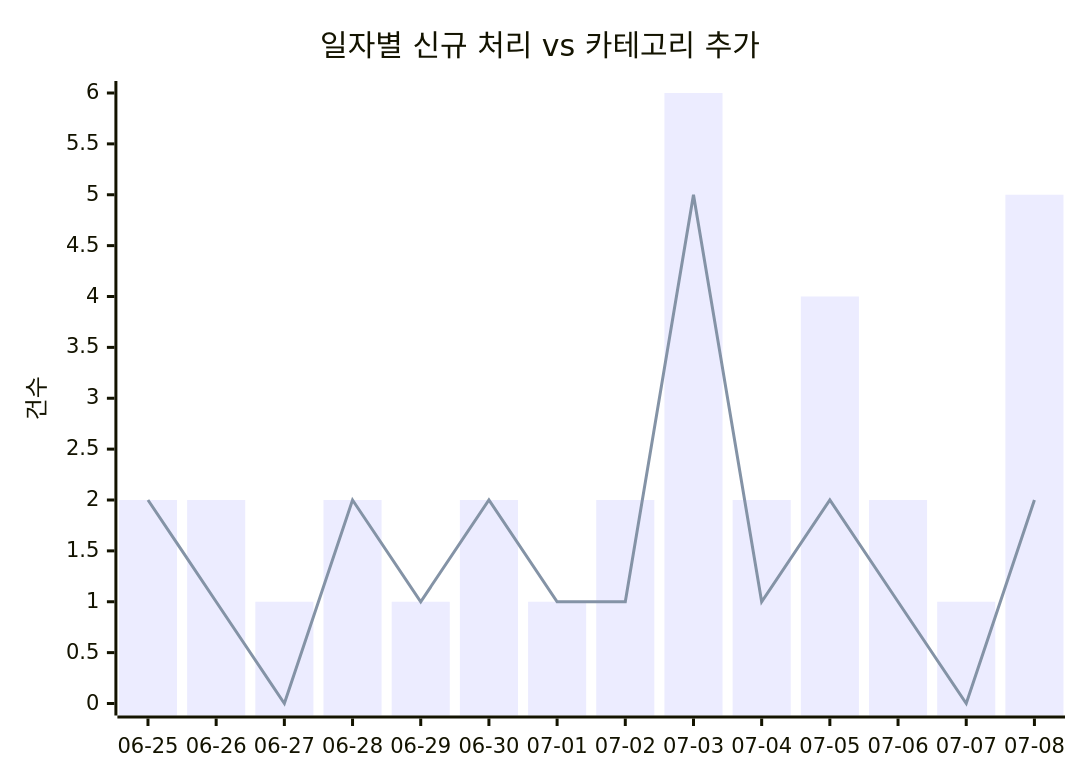
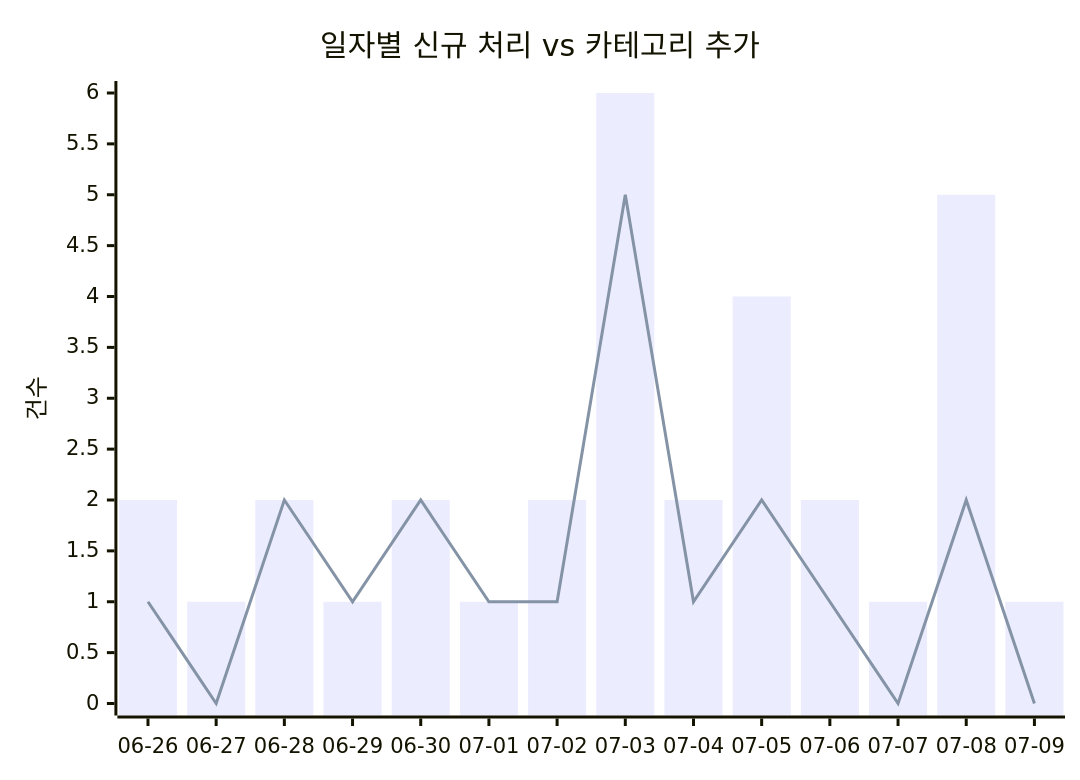
Before and after one commit to J-nowcow/awesome-korean-agent-skills: the first of 2 diagrams in docs/trends.md, drawn with Mermaid. The commit also changed other lines of this file and 2 other files, not shown here.

````diff
--- a/docs/trends.md
+++ b/docs/trends.md
@@ -32,8 +32,8 @@
 ```mermaid
 xychart-beta
     title "일자별 신규 처리 vs 카테고리 추가"
-    x-axis ["06-25","06-26","06-27","06-28","06-29","06-30","07-01","07-02","07-03","07-04","07-05","07-06","07-07","07-08"]
+    x-axis ["06-26","06-27","06-28","06-29","06-30","07-01","07-02","07-03","07-04","07-05","07-06","07-07","07-08","07-09"]
     y-axis "건수"
-    bar [2,2,1,2,1,2,1,2,6,2,4,2,1,5]
-    line [2,1,0,2,1,2,1,1,5,1,2,1,0,2]
+    bar [2,1,2,1,2,1,2,6,2,4,2,1,5,1]
+    line [1,0,2,1,2,1,1,5,1,2,1,0,2,0]
 ```
````
